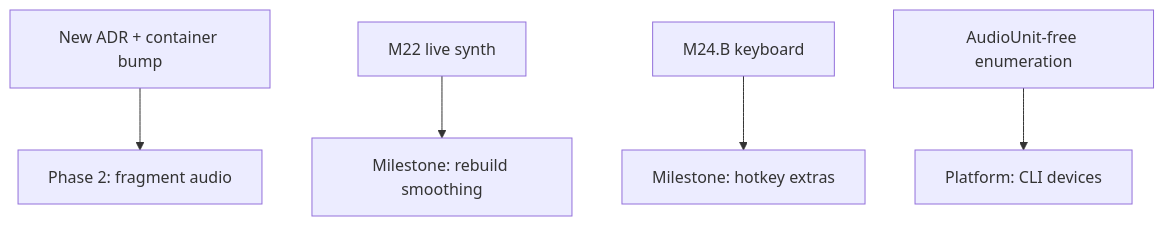
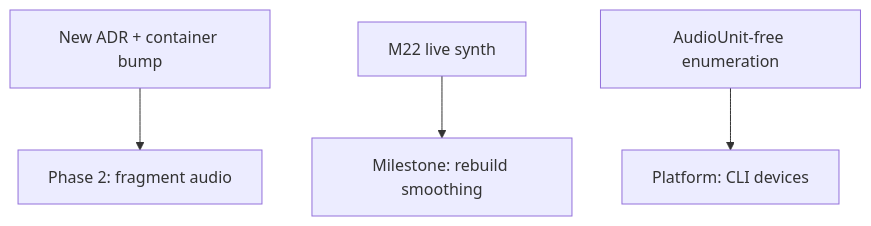
One commit to anvlkv/hey-listen changed the diagram in docs/deferred.md. Above: the diagram before and after it, drawn with Mermaid. The commit also changed other lines of this file and 37 other files, not shown here.

````diff
--- a/docs/deferred.md
+++ b/docs/deferred.md
@@ -71,7 +71,6 @@
 ```mermaid
 graph TD
     ADR[New ADR + container bump] --> P2[Phase 2: fragment audio]
     M22[M22 live synth] --> P3[Milestone: rebuild smoothing]
-    M24B[M24.B keyboard] --> P31[Milestone: hotkey extras]
     PLAT[AudioUnit-free enumeration] --> P4[Platform: CLI devices]
 ```
````
